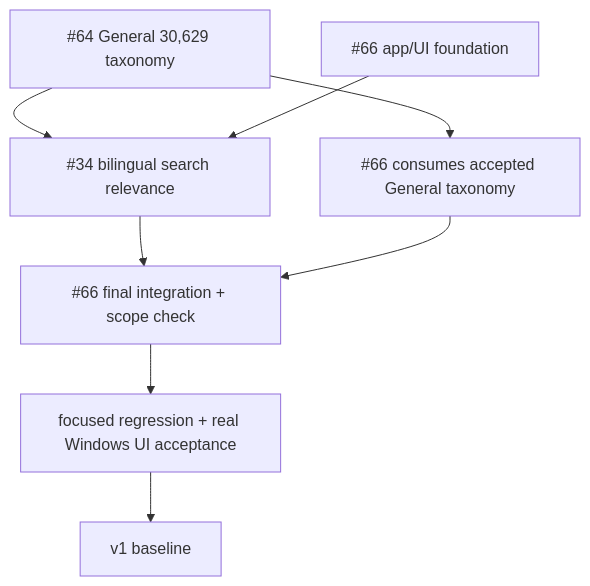
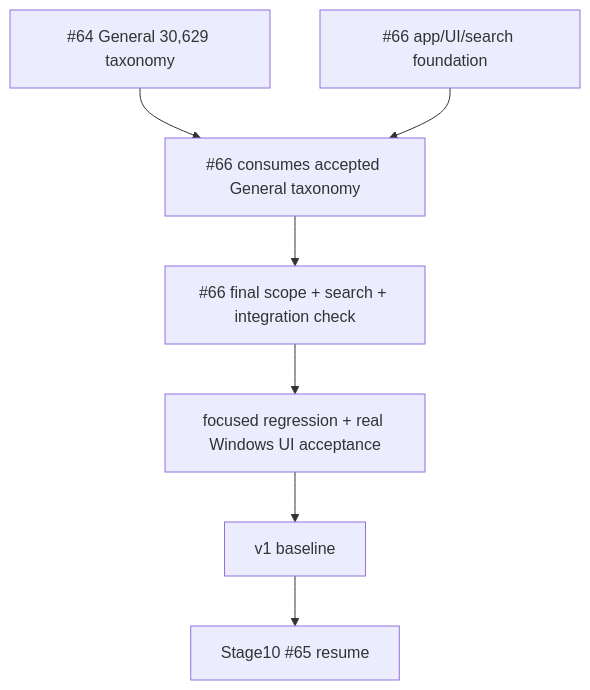
Before and after one commit to takasago181/DanbooruTagTool: the fifth of 8 diagrams in docs/FLOWCHARTS.md, drawn with Mermaid. The commit also changed other lines of this file, not shown here.

````diff
--- a/docs/FLOWCHARTS.md
+++ b/docs/FLOWCHARTS.md
@@ -78,10 +78,9 @@
 ```mermaid
 flowchart TD
- A[#64 General 30,629 taxonomy] --> C[#34 bilingual search relevance]
- B[#66 app/UI foundation] --> C
- A --> B2[#66 consumes accepted General taxonomy]
- C --> D[#66 final integration + scope check]
- B2 --> D
+ A[#64 General 30,629 taxonomy] --> C[#66 consumes accepted General taxonomy]
+ B[#66 app/UI/search foundation] --> C
+ C --> D[#66 final scope + search + integration check]
  D --> E[focused regression + real Windows UI acceptance]
  E --> F[v1 baseline]
+ F --> G[Stage10 #65 resume]
 ```
````
